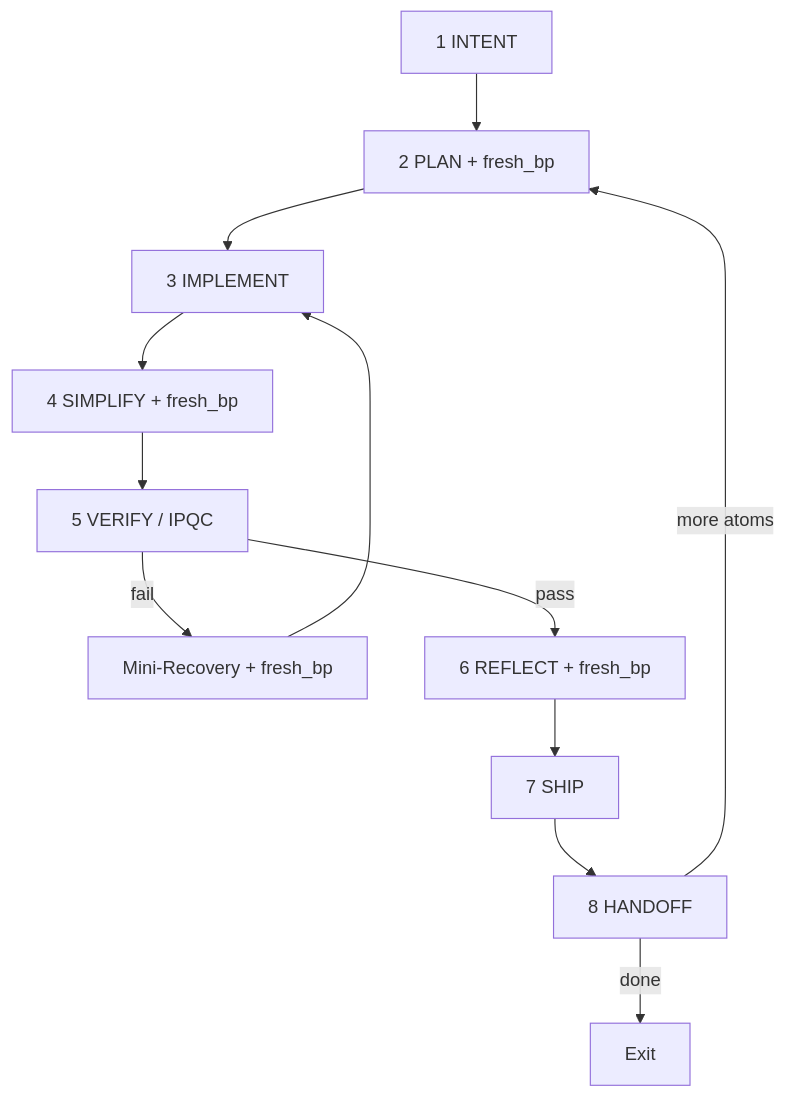
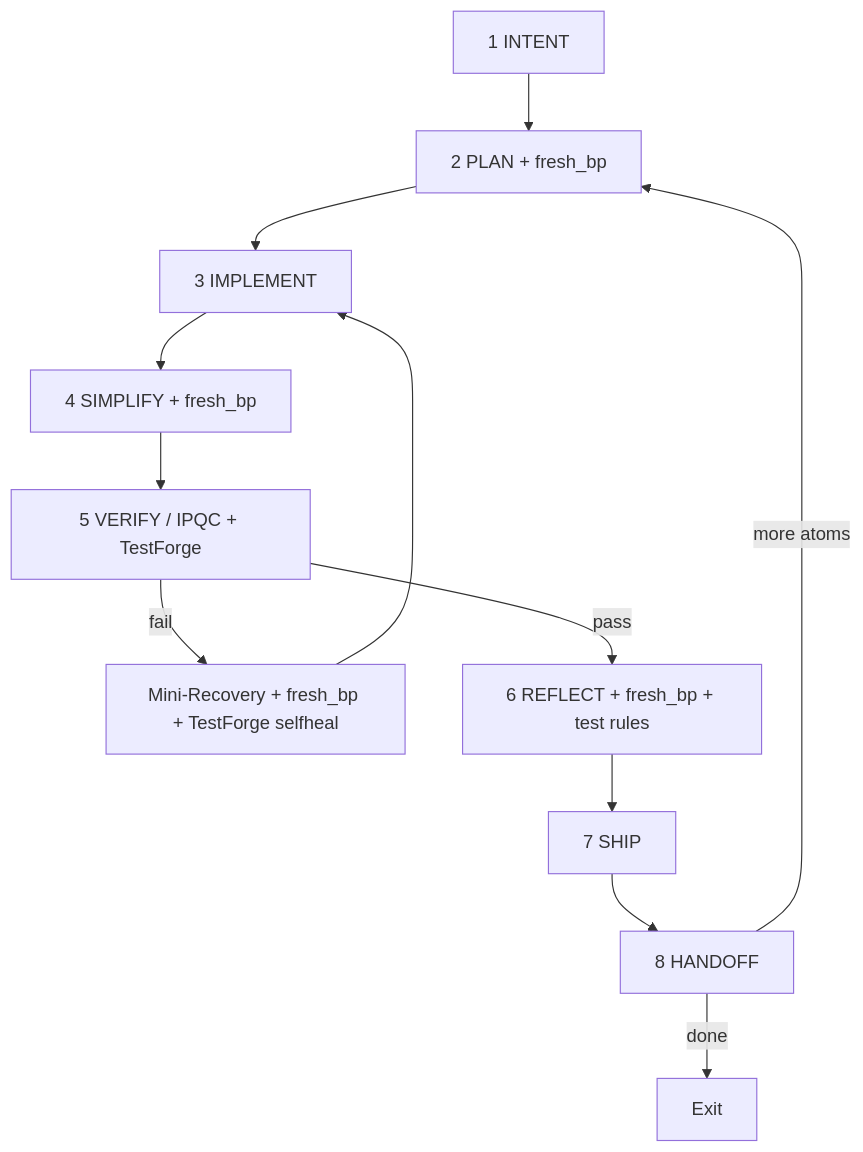
Before and after one commit to gretjia/turingos_lite: the diagram in .grok/skills/turing-loop/SKILL.md, drawn with Mermaid. The commit also changed other lines of this file and 7 other files, not shown here.

First line of the commit message:
docs(turing-loop): upgrade AgenticForgeLoop to v1.4 with TestForge

````diff
--- a/.grok/skills/turing-loop/SKILL.md
+++ b/.grok/skills/turing-loop/SKILL.md
@@ -116,14 +136,14 @@
 ```mermaid
 flowchart TD
   A[1 INTENT] --> B[2 PLAN + fresh_bp]
   B --> C[3 IMPLEMENT]
   C --> D[4 SIMPLIFY + fresh_bp]
-  D --> E[5 VERIFY / IPQC]
-  E -->|fail| F[Mini-Recovery + fresh_bp]
+  D --> E[5 VERIFY / IPQC + TestForge]
+  E -->|fail| F[Mini-Recovery + fresh_bp + TestForge selfheal]
   F --> C
-  E -->|pass| G[6 REFLECT + fresh_bp]
+  E -->|pass| G[6 REFLECT + fresh_bp + test rules]
   G --> H[7 SHIP]
   H --> I[8 HANDOFF]
   I -->|more atoms| B
   I -->|done| J[Exit]
 ```
````
